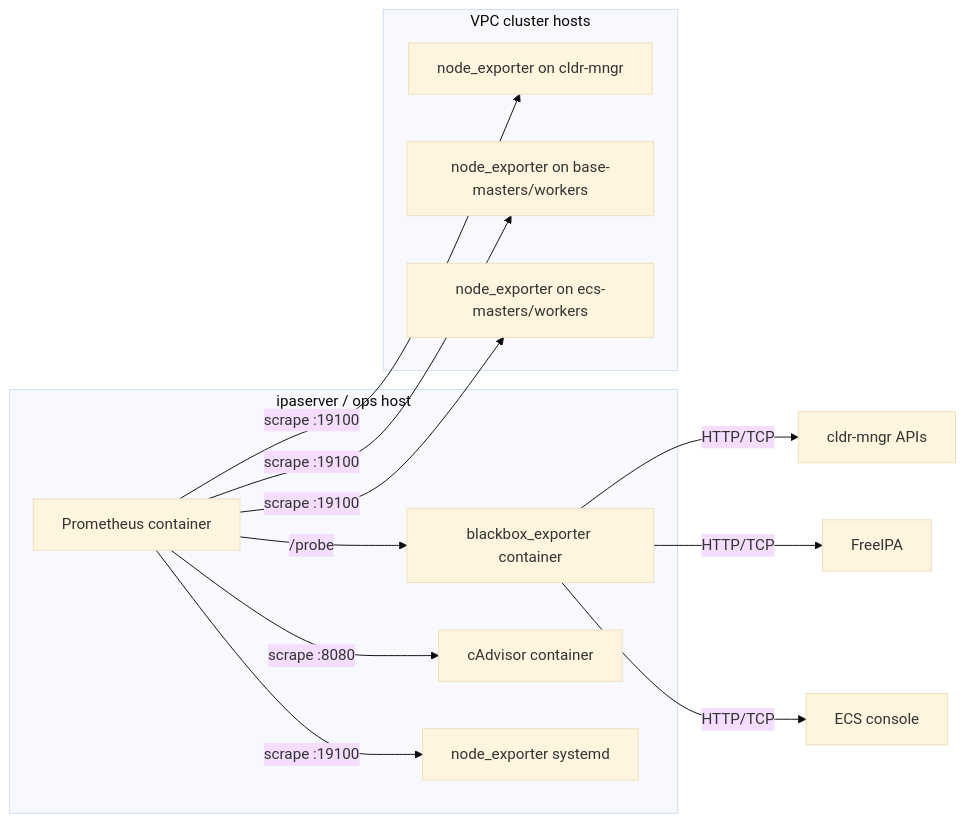
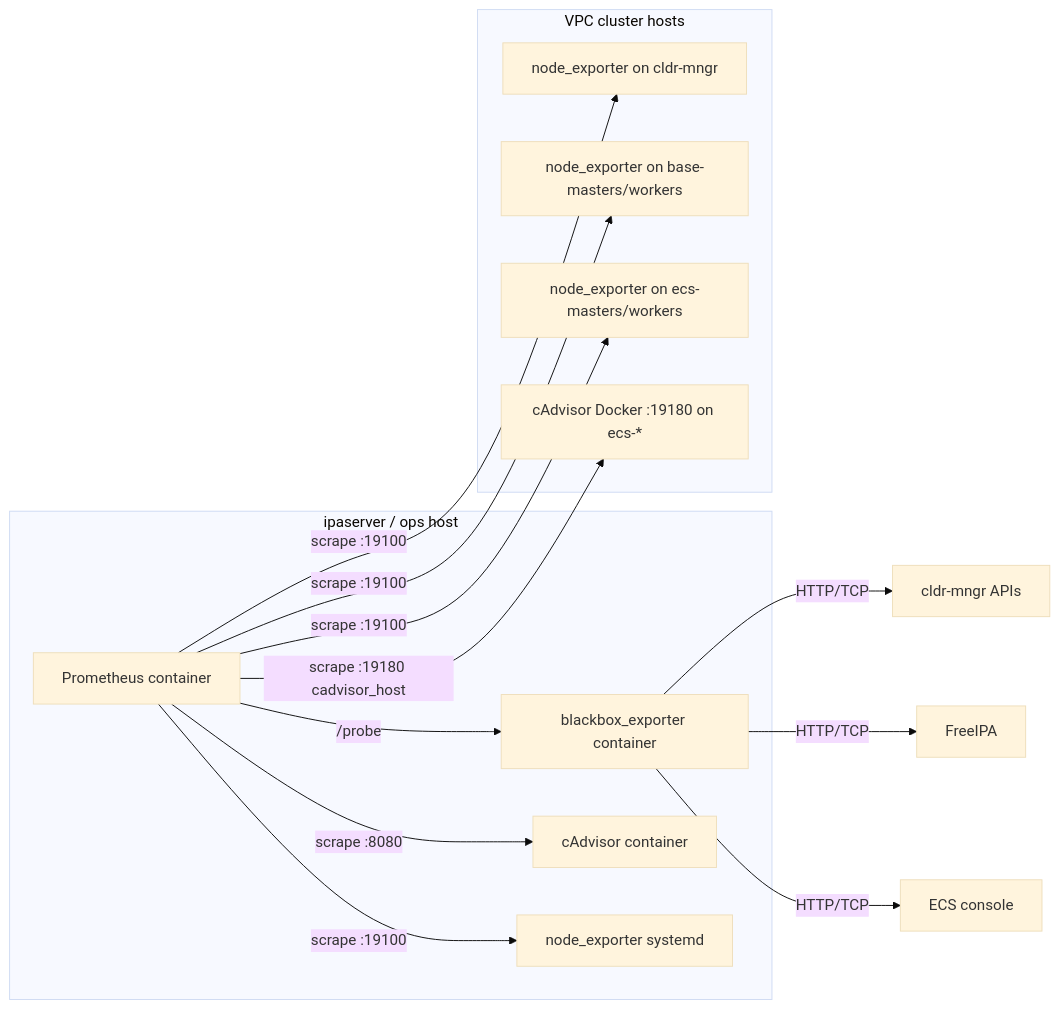
Before and after one commit to kuldeepsahu1105/cdp-onprem-automation: the diagram in ansible-playbooks/docs/OPERATIONS_GUIDE.md, drawn with Mermaid (base theme). The commit also changed other lines of this file and 17 other files, not shown here.

````diff
--- a/ansible-playbooks/docs/OPERATIONS_GUIDE.md
+++ b/ansible-playbooks/docs/OPERATIONS_GUIDE.md
@@ -193,23 +197,25 @@
 ```mermaid
 flowchart LR
   subgraph ops["ipaserver / ops host"]
     Prom[Prometheus container]
     BB[blackbox_exporter container]
     Cadv[cAdvisor container]
     NE_ops[node_exporter systemd]
   end
   subgraph cluster["VPC cluster hosts"]
     NE_cm[node_exporter on cldr-mngr]
     NE_base[node_exporter on base-masters/workers]
     NE_ecs[node_exporter on ecs-masters/workers]
+    Cadv_ecs[cAdvisor Docker :19180 on ecs-*]
   end
   Prom -->|scrape :19100| NE_ops
   Prom -->|scrape :19100| NE_cm
   Prom -->|scrape :19100| NE_base
   Prom -->|scrape :19100| NE_ecs
   Prom -->|scrape :8080| Cadv
+  Prom -->|scrape :19180 cadvisor_host| Cadv_ecs
   Prom -->|/probe| BB
   BB -->|HTTP/TCP| CM[cldr-mngr APIs]
   BB -->|HTTP/TCP| IPA[FreeIPA]
   BB -->|HTTP/TCP| ECS[ECS console]
 ```
````
